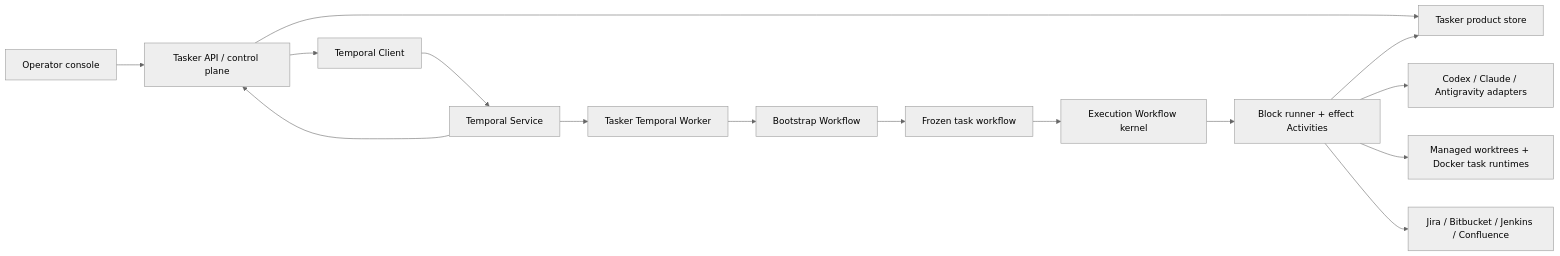
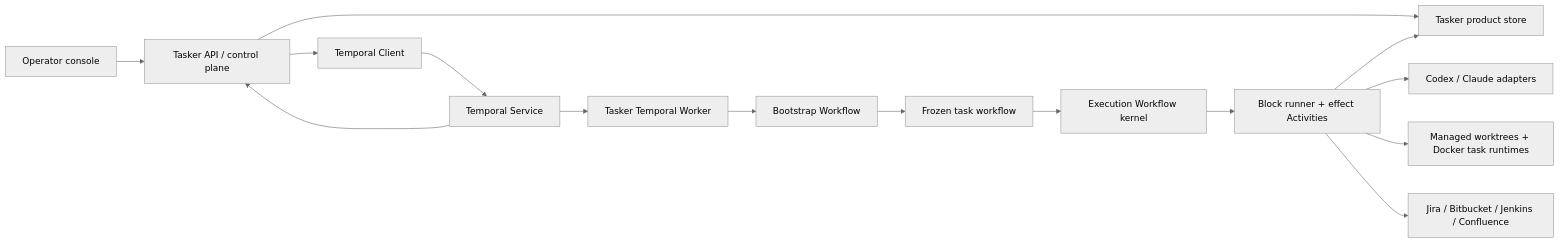
Before and after one commit to Muslik/tasker: the diagram in docs/codex/architecture.md, drawn with Mermaid (neutral theme). The commit also changed other lines of this file and 93 other files, not shown here.

````diff
--- a/docs/codex/architecture.md
+++ b/docs/codex/architecture.md
@@ -69,17 +69,17 @@
 ```mermaid
 flowchart LR
   U["Operator console"] --> API["Tasker API / control plane"]
   API --> DB["Tasker product store"]
   API --> TC["Temporal Client"]
   TC --> TS["Temporal Service"]
   TS --> TW["Tasker Temporal Worker"]
   TW --> BW["Bootstrap Workflow"]
   BW --> FW["Frozen task workflow"]
   FW --> WF["Execution Workflow kernel"]
   WF --> ACT["Block runner + effect Activities"]
-  ACT --> AG["Codex / Claude / Antigravity adapters"]
+  ACT --> AG["Codex / Claude adapters"]
   ACT --> WT["Managed worktrees + Docker task runtimes"]
   ACT --> EXT["Jira / Bitbucket / Jenkins / Confluence"]
   ACT --> DB
   TS --> API
 ```
````
